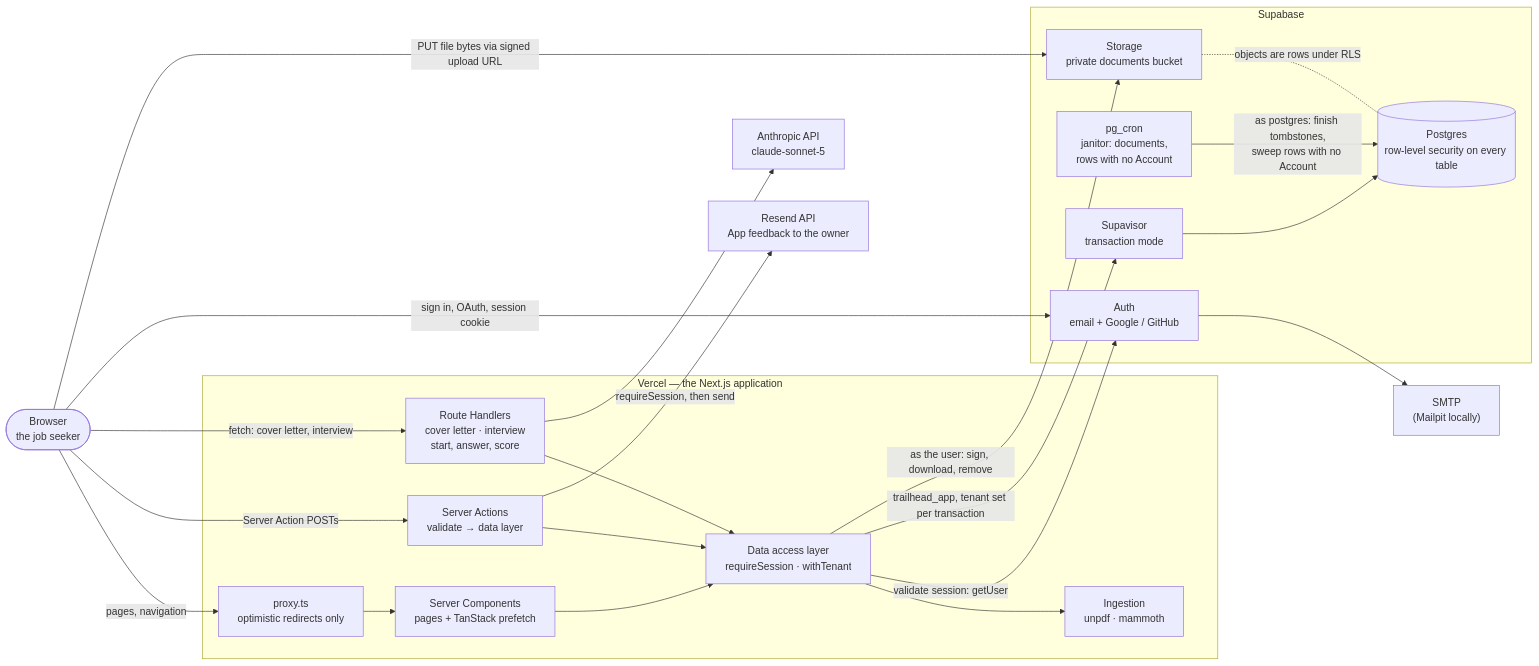
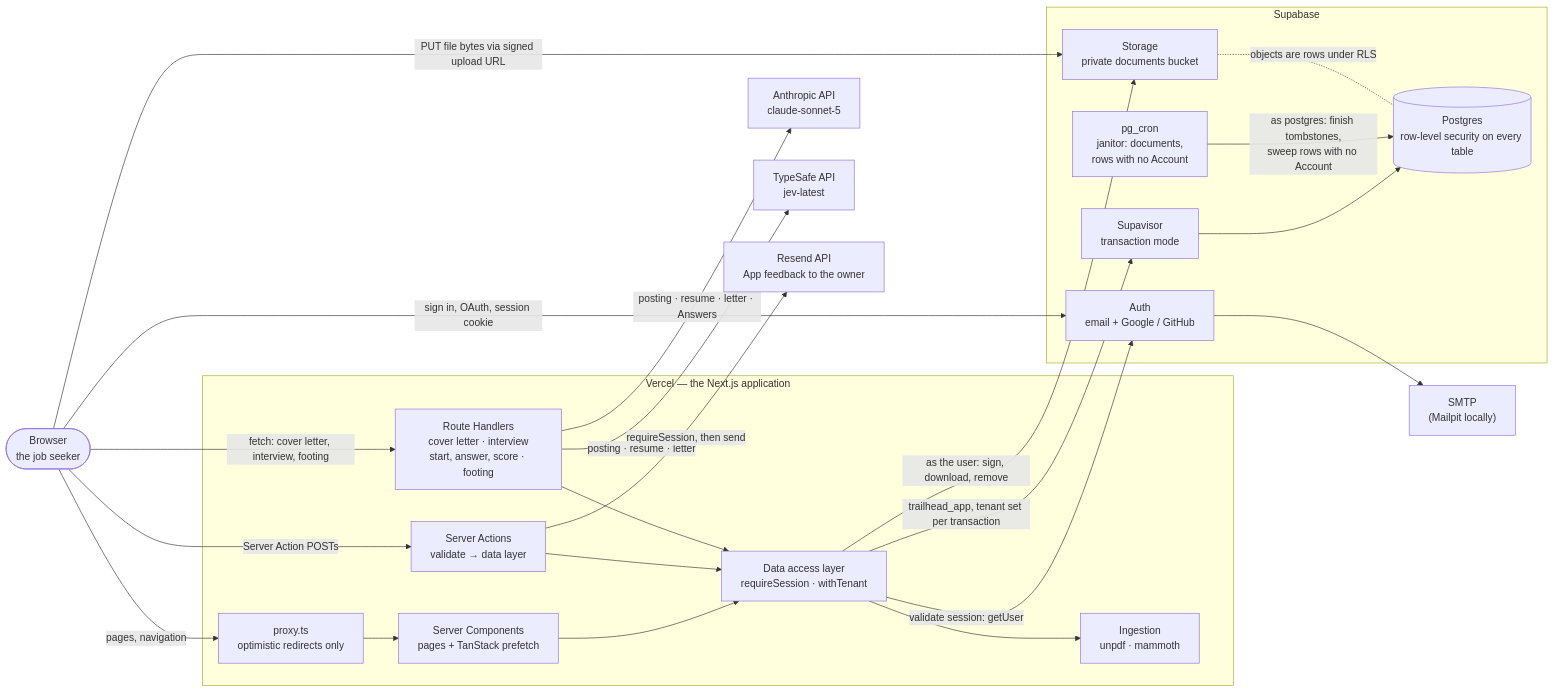
Before and after one commit to craigblunden/trailhead: the first of 8 diagrams in docs/architecture.md, drawn with Mermaid. The commit also changed other lines of this file and 43 other files, not shown here.

First line of the commit message:
Footing: score the posting against the kit, and keep it

````diff
--- a/docs/architecture.md
+++ b/docs/architecture.md
@@ -15,44 +28,46 @@
 ```mermaid
 flowchart LR
   browser(["Browser<br/>the job seeker"])
 
   subgraph vercel["Vercel — the Next.js application"]
     proxy["proxy.ts<br/>optimistic redirects only"]
     pages["Server Components<br/>pages + TanStack prefetch"]
     actions["Server Actions<br/>validate → data layer"]
-    route["Route Handlers<br/>cover letter · interview<br/>start, answer, score"]
+    route["Route Handlers<br/>cover letter · interview<br/>start, answer, score · footing"]
     dal["Data access layer<br/>requireSession · withTenant"]
     ingest["Ingestion<br/>unpdf · mammoth"]
   end
 
   subgraph supabase["Supabase"]
     auth["Auth<br/>email + Google / GitHub"]
     pooler["Supavisor<br/>transaction mode"]
     pg[("Postgres<br/>row-level security on every table")]
     storage["Storage<br/>private documents bucket"]
     cron["pg_cron<br/>janitor: documents,<br/>rows with no Account"]
   end
 
   anthropic["Anthropic API<br/>claude-sonnet-5"]
+  typesafe["TypeSafe API<br/>jev-latest"]
   smtp["SMTP<br/>(Mailpit locally)"]
   resend["Resend API<br/>App feedback to the owner"]
 
   browser -->|"pages, navigation"| proxy --> pages
   browser -->|"Server Action POSTs"| actions
-  browser -->|"fetch: cover letter, interview"| route
+  browser -->|"fetch: cover letter, interview, footing"| route
   browser -->|"sign in, OAuth, session cookie"| auth
   browser -->|"PUT file bytes via signed upload URL"| storage
 
   pages --> dal
   actions --> dal
   route --> dal
-  route --> anthropic
+  route -->|"posting · resume · letter · Answers"| anthropic
+  route -->|"posting · resume · letter"| typesafe
   actions -->|"requireSession, then send"| resend
   dal -->|"validate session: getUser"| auth
   dal -->|"trailhead_app, tenant set per transaction"| pooler --> pg
   dal -->|"as the user: sign, download, remove"| storage
   dal --> ingest
   auth --> smtp
   cron -->|"as postgres: finish tombstones,<br/>sweep rows with no Account"| pg
   storage -. "objects are rows under RLS" .- pg
 ```
````
